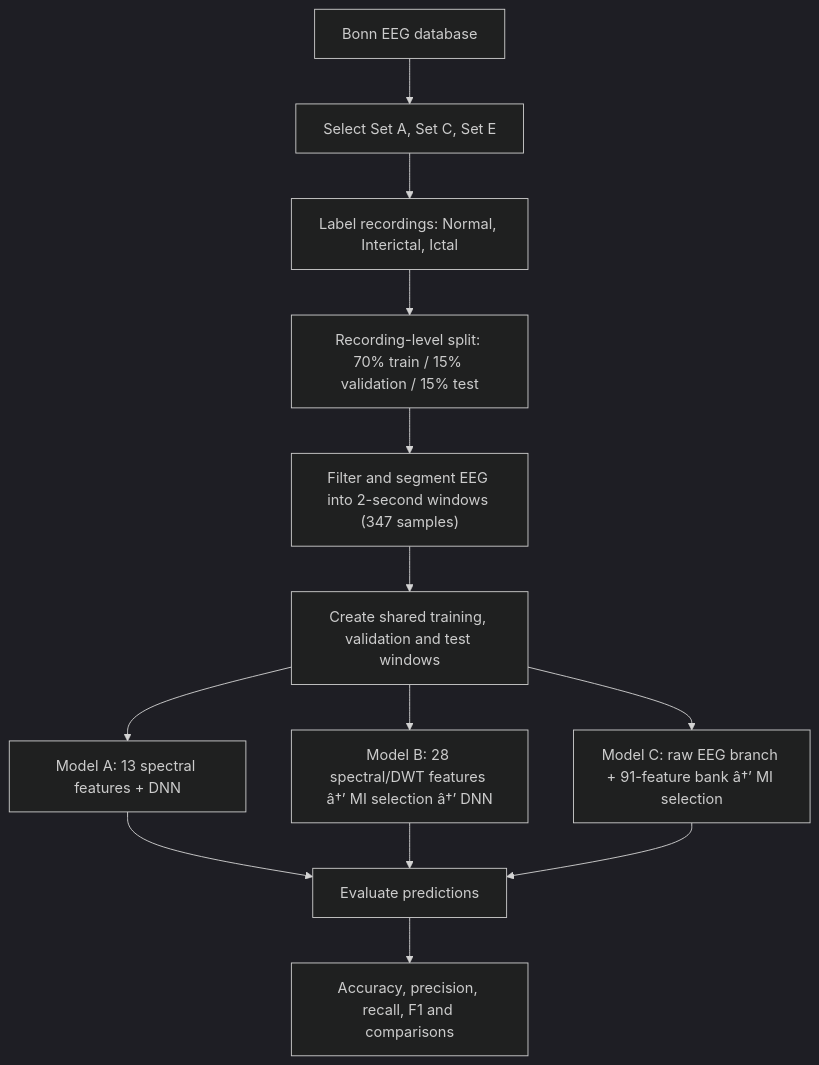
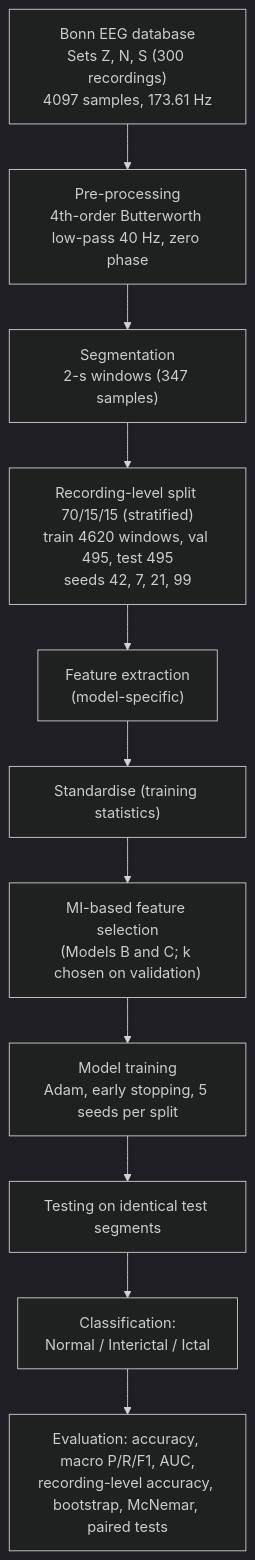
Before and after one commit to hariniisathappan/EEG_Seizure_Classification_Using_Deep_Learning: the first of 3 diagrams in README.md, drawn with Mermaid (dark theme). The commit also changed other lines of this file, not shown here.

````diff
--- a/README.md
+++ b/README.md
@@ -57,15 +78,13 @@
 ```mermaid
 flowchart TD
-    A["Bonn EEG database"] --> B["Select Set A, Set C, Set E"]
-    B --> C["Label recordings: Normal, Interictal, Ictal"]
-    C --> D["Recording-level split: 70% train / 15% validation / 15% test"]
-    D --> E["Filter and segment EEG into 2-second windows (347 samples)"]
-    E --> F["Create shared training, validation and test windows"]
-    F --> G["Model A: 13 spectral features + DNN"]
-    F --> H["Model B: 28 spectral/DWT features â†’ MI selection â†’ DNN"]
-    F --> I["Model C: raw EEG branch + 91-feature bank â†’ MI selection"]
-    G --> J["Evaluate predictions"]
-    H --> J
-    I --> J
-    J --> K["Accuracy, precision, recall, F1 and comparisons"]
+    A["Bonn EEG database<br/>Sets Z, N, S (300 recordings)<br/>4097 samples, 173.61 Hz"] --> B["Pre-processing<br/>4th-order Butterworth low-pass 40 Hz, zero phase"]
+    B --> C["Segmentation<br/>2-s windows (347 samples)"]
+    C --> D["Recording-level split 70/15/15 (stratified)<br/>train 4620 windows, val 495, test 495<br/>seeds 42, 7, 21, 99"]
+    D --> E["Feature extraction<br/>(model-specific)"]
+    E --> F["Standardise (training statistics)"]
+    F --> G["MI-based feature selection<br/>(Models B and C; k chosen on validation)"]
+    G --> H["Model training<br/>Adam, early stopping, 5 seeds per split"]
+    H --> I["Testing on identical test segments"]
+    I --> J["Classification:<br/>Normal / Interictal / Ictal"]
+    J --> K["Evaluation: accuracy, macro P/R/F1, AUC,<br/>recording-level accuracy, bootstrap, McNemar, paired tests"]
 ```
````
